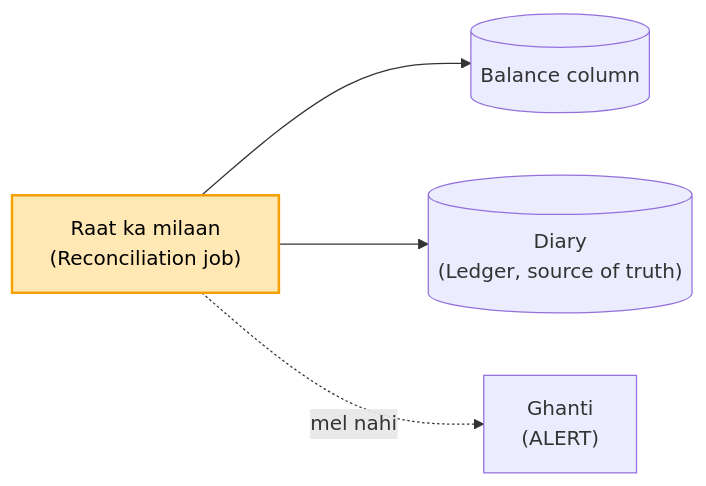
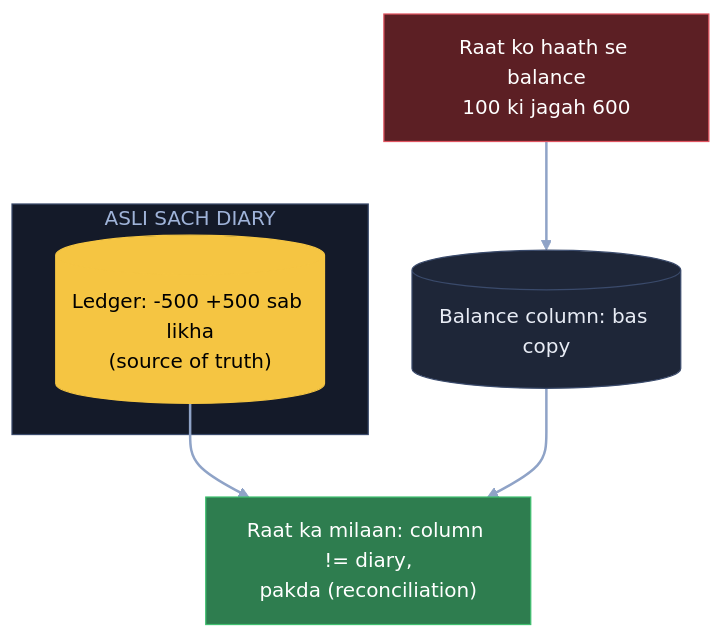
One commit to ArpanMaheshwari144/Prep changed the tenth of 20 diagrams in 04_HLD/SYSTEM_DESIGNS/13_banking_system/13_banking_system.md. Above: the diagram before and after it, drawn with Mermaid. The commit also changed other lines of this file, not shown here.

Commit message:
Banking: 20 diagram hand notes ke shabdon se (branch, register, diary, laptop, photocopy, chhotu)

````diff
--- a/04_HLD/SYSTEM_DESIGNS/13_banking_system/13_banking_system.md
+++ b/04_HLD/SYSTEM_DESIGNS/13_banking_system/13_banking_system.md
@@ -209,7 +325,18 @@
 ```mermaid
-flowchart LR
-    J["Raat ka milaan<br/>(Reconciliation job)"] --> B[("Balance column")]
-    J --> L[("Diary<br/>(Ledger, source of truth)")]
-    J -. "mel nahi" .-> AL["Ghanti<br/>(ALERT)"]
-    style J fill:#ffe8b3,stroke:#f59f00,stroke-width:2px,color:#000
+flowchart TB
+    X["Raat ko haath se balance<br/>100 ki jagah 600"]:::bad
+    subgraph AS["ASLI SACH DIARY"]
+        L[("Ledger: -500 +500 sab likha<br/>(source of truth)")]:::pill
+    end
+    C[("Balance column: bas copy")]:::card
+    R["Raat ka milaan: column != diary,<br/>pakda (reconciliation)"]:::good
+    X --> C
+    L --> R
+    C --> R
+    linkStyle default stroke:#8fa3c7,stroke-width:2px
+    classDef card fill:#1e2638,stroke:#3a4a6b,color:#e8ecf5
+    classDef pill fill:#f5c542,stroke:#f5c542,color:#000
+    classDef good fill:#2e7d4f,stroke:#3fbf6f,color:#fff
+    classDef bad fill:#5c1f24,stroke:#e05561,color:#fff
+    style AS fill:#141a29,stroke:#3a4a6b,color:#9fb3d9
 ```
````
